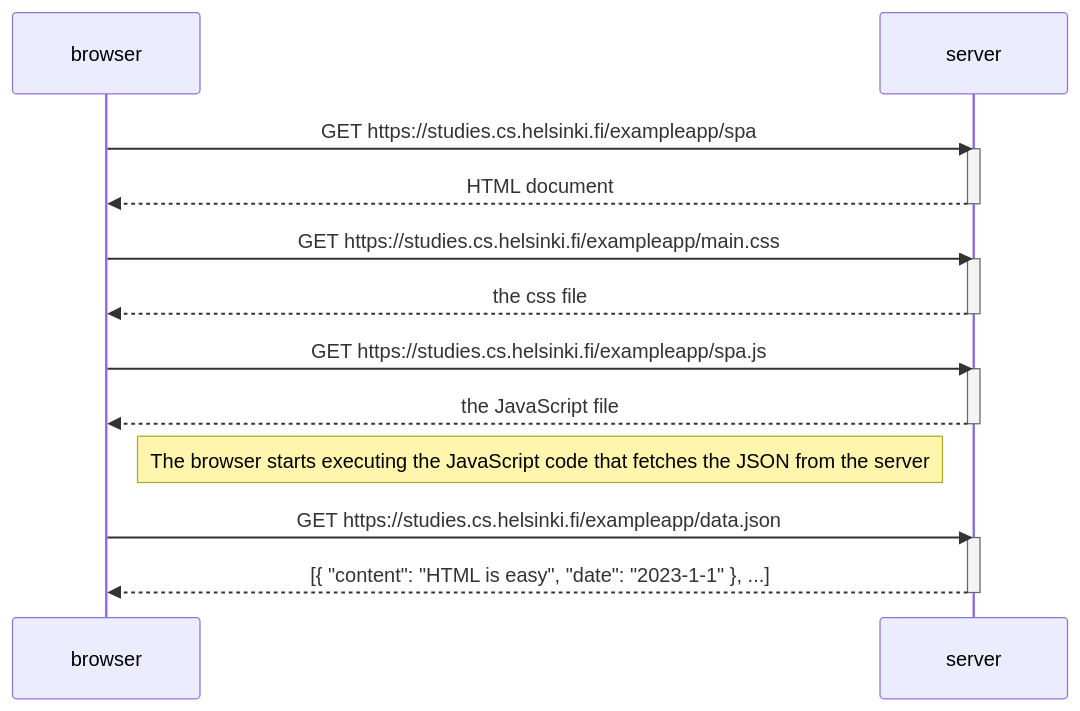
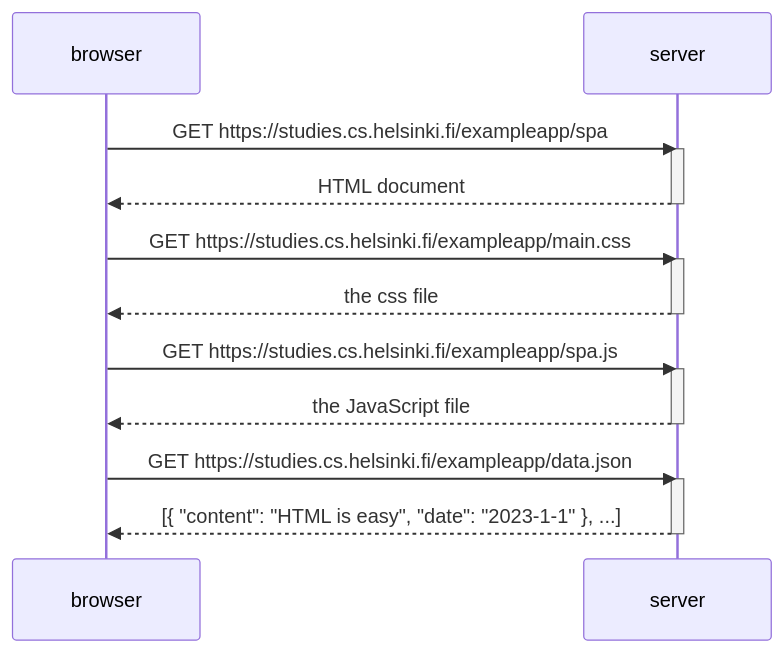
Before and after one commit to Agneypraseed/fullstackopen: the diagram in part0/Single page app diagram.md, drawn with Mermaid. The commit also changed 2 other files, not shown here.

Commit message:
Part 0 exc done

````diff
--- a/part0/Single page app diagram.md
+++ b/part0/Single page app diagram.md
@@ -1,31 +1,29 @@
 ```mermaid
 
 sequenceDiagram
     participant browser
     participant server        
 
     browser->>server: GET https://studies.cs.helsinki.fi/exampleapp/spa
     activate server
     server-->>browser: HTML document
     deactivate server
 
     browser->>server: GET https://studies.cs.helsinki.fi/exampleapp/main.css
     activate server
     server-->>browser: the css file
     deactivate server
 
     browser->>server: GET https://studies.cs.helsinki.fi/exampleapp/spa.js
     activate server
     server-->>browser: the JavaScript file
-    deactivate server
-
-    Note right of browser: The browser starts executing the JavaScript code that fetches the JSON from the server
+    deactivate server    
 
     browser->>server: GET https://studies.cs.helsinki.fi/exampleapp/data.json
     activate server
     server-->>browser: [{ "content": "HTML is easy", "date": "2023-1-1" }, ...]
     deactivate server    
 
 
 
 ```
````
